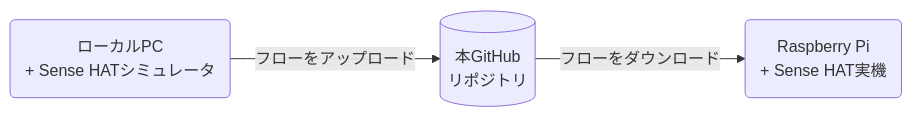
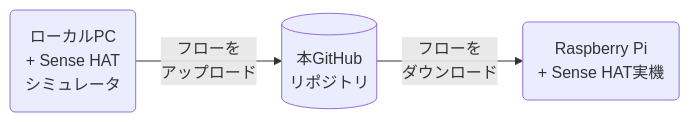
The diagram in README.md (kazuhitoyokoi/node-red-ogiri-hakata), drawn with Mermaid before and after one commit.

````diff
--- a/README.md
+++ b/README.md
@@ -51,5 +51,5 @@
 ```mermaid
 graph LR
-A(ローカルPC<br>+ Sense HATシミュレータ) -- フローをアップロード --> B[(本GitHub<br>リポジトリ)]
-B -- フローをダウンロード --> C(Raspberry Pi<br>+ Sense HAT実機)
+A(ローカルPC<br>+ Sense HAT<br>シミュレータ) -- フローを<br>アップロード --> B[(本GitHub<br>リポジトリ)]
+B -- フローを<br>ダウンロード --> C(Raspberry Pi<br>+ Sense HAT実機)
 ```
````
